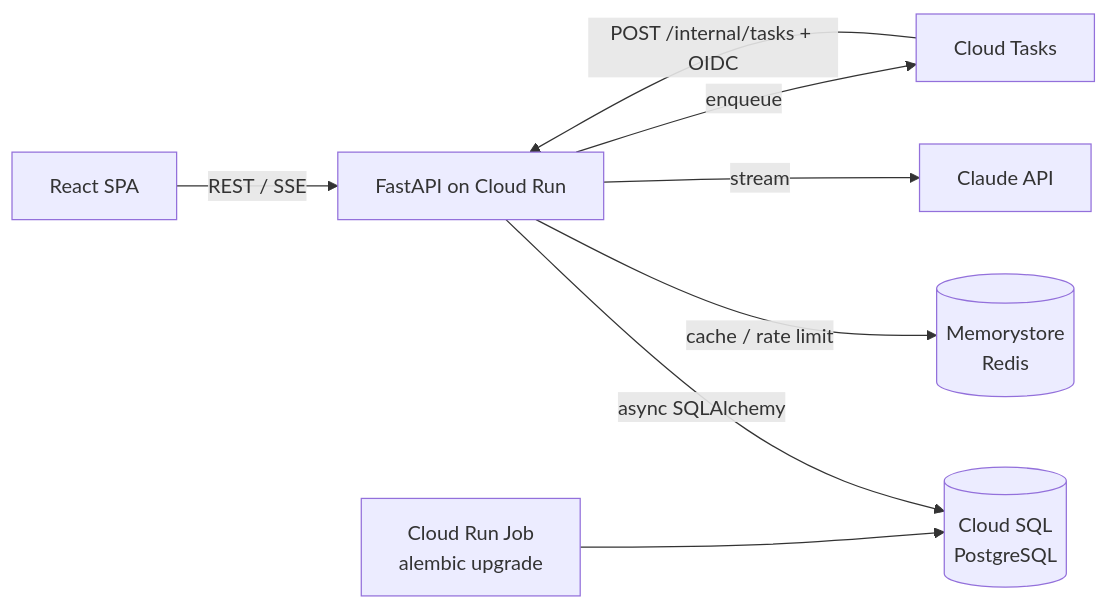
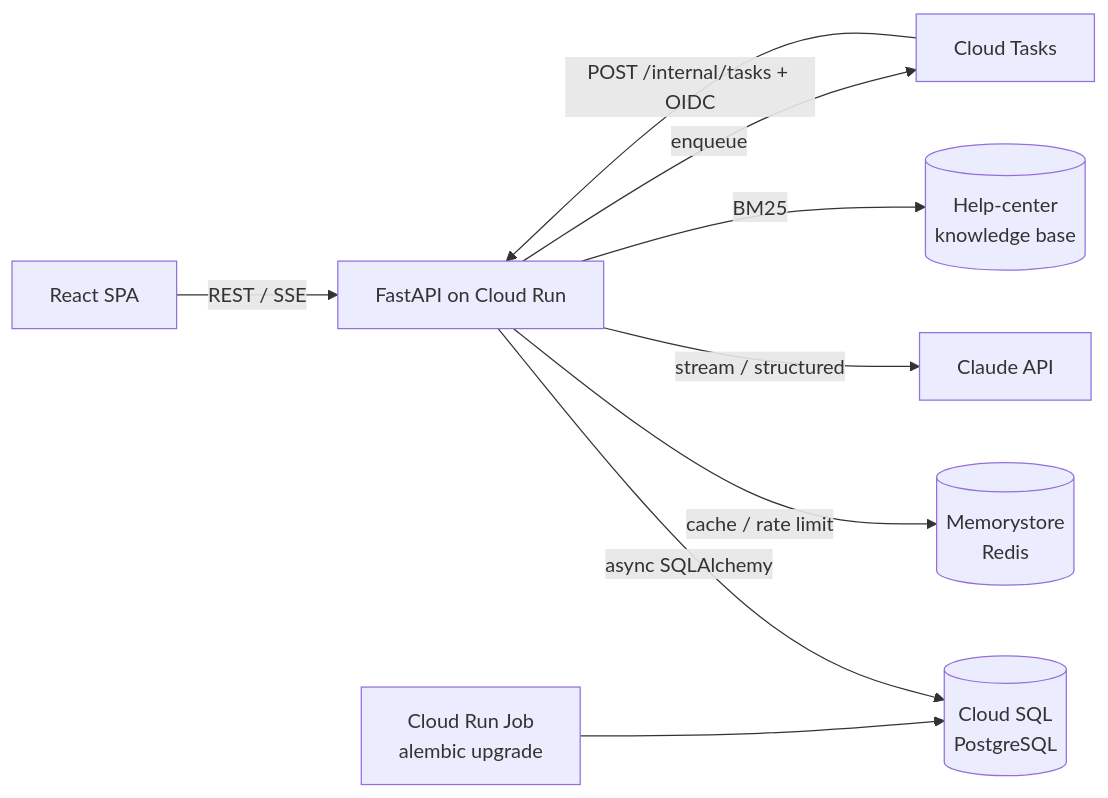
Before and after one commit to Jake-tt/chatforge: the diagram in README.md, drawn with Mermaid. The commit also changed other lines of this file and 1 other file, not shown here.

````diff
--- a/README.md
+++ b/README.md
@@ -34,10 +38,11 @@
 ```mermaid
 flowchart LR
   W[React SPA] -- REST / SSE --> API[FastAPI on Cloud Run]
   API -- async SQLAlchemy --> PG[(Cloud SQL<br/>PostgreSQL)]
   API -- cache / rate limit --> R[(Memorystore<br/>Redis)]
-  API -- stream --> LLM[Claude API]
+  API -- stream / structured --> LLM[Claude API]
+  API -- BM25 --> KB[(Help-center<br/>knowledge base)]
   API -- enqueue --> CT[Cloud Tasks]
   CT -- POST /internal/tasks + OIDC --> API
   JOB[Cloud Run Job<br/>alembic upgrade] --> PG
 ```
````
